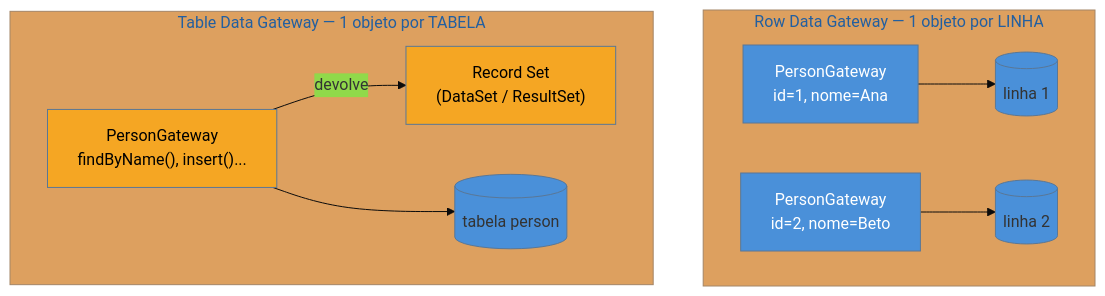
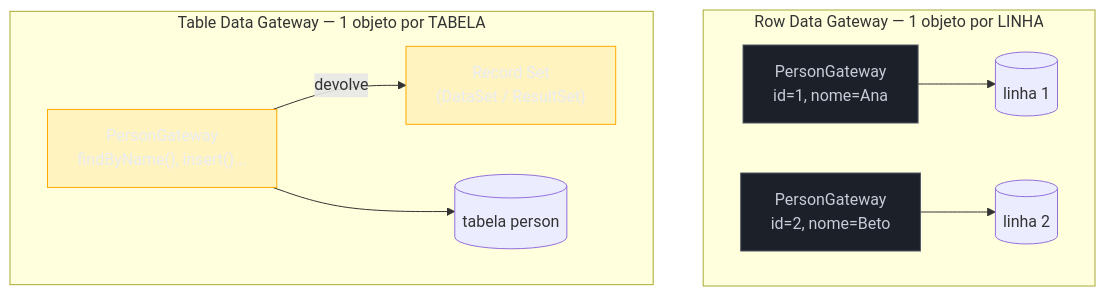
The diagram in 03-Dominios/Engenharia/Design de Software/Padrões de Projeto/Acesso a Dados/07 - Gateways.md (josenaldo/codex-technomanticus), drawn with Mermaid before and after one commit. The commit also changed 1181 other files, not shown here.

First line of the commit message:
fix(diagramas): paleta do sistema no lugar de cor cravada no markdown

````diff
--- a/03-Dominios/Engenharia/Design de Software/Padrões de Projeto/Acesso a Dados/07 - Gateways.md
+++ b/03-Dominios/Engenharia/Design de Software/Padrões de Projeto/Acesso a Dados/07 - Gateways.md
@@ -45,20 +45,21 @@
 ```mermaid
-%%{init: {"theme": "base", "themeVariables": {"primaryColor": "#4A90D9"}}}%%
 graph TD
+    classDef neutro fill:#1B2029,stroke:#4E5666,color:#C6CCD8
+    classDef destaque fill:#FFAA0024,stroke:#FFAA00,color:#E9ECF2
     subgraph RDG["Row Data Gateway — 1 objeto por LINHA"]
         R1["PersonGateway<br/>id=1, nome=Ana"]
         R2["PersonGateway<br/>id=2, nome=Beto"]
         R1 --> DB1[("linha 1")]
         R2 --> DB2[("linha 2")]
     end
     subgraph TDG["Table Data Gateway — 1 objeto por TABELA"]
         T["PersonGateway<br/>findByName(), insert()..."]
         T -->|"devolve"| RS["Record Set<br/>(DataSet / ResultSet)"]
         T --> DBT[("tabela person")]
     end
 
-    style R1 fill:#4A90D9,color:#fff
-    style R2 fill:#4A90D9,color:#fff
-    style T fill:#F5A623,color:#000
-    style RS fill:#F5A623,color:#000
+    class R1 neutro
+    class R2 neutro
+    class T destaque
+    class RS destaque
 ```
````
